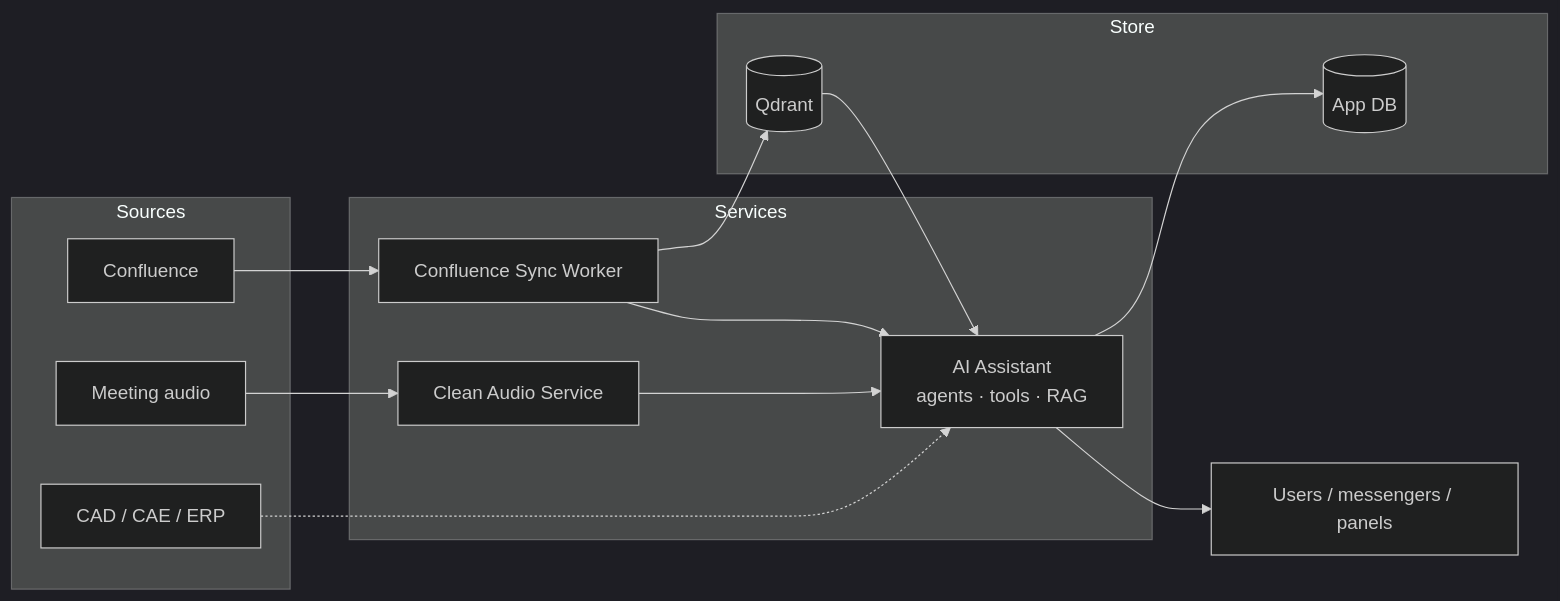
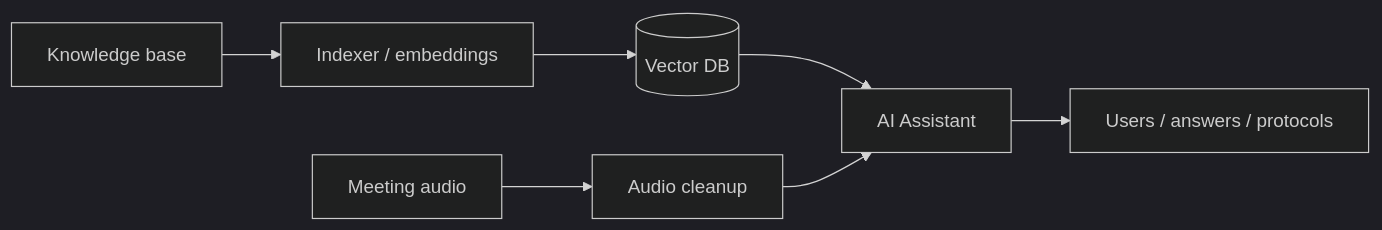
Before and after one commit to artyom-ai-dev/portfolio: the first of 2 diagrams in README.md, drawn with Mermaid (dark theme). The commit also changed other lines of this file and 4 other files, not shown here.

````diff
--- a/README.md
+++ b/README.md
@@ -23,29 +23,9 @@
 ```mermaid
 flowchart LR
-  subgraph Sources
-    CF[Confluence]
-    CAD[CAD / CAE / ERP]
-    MIC[Meeting audio]
-  end
-
-  subgraph Services
-    W[Confluence Sync Worker]
-    CA[Clean Audio Service]
-    AI[AI Assistant<br/>agents · tools · RAG]
-  end
-
-  subgraph Store
-    QD[(Qdrant)]
-    DB[(App DB)]
-  end
-
-  U[Users / messengers / panels]
-
-  CF --> W --> QD
-  W --> AI
-  MIC --> CA --> AI
-  CAD -.-> AI
-  QD --> AI
-  AI --> DB
-  AI --> U
+  Docs[Knowledge base] --> Indexer[Indexer / embeddings]
+  Indexer --> Vector[(Vector DB)]
+  Vector --> Assistant[AI Assistant]
+  Audio[Meeting audio] --> Clean[Audio cleanup]
+  Clean --> Assistant
+  Assistant --> Users[Users / answers / protocols]
 ```
````
